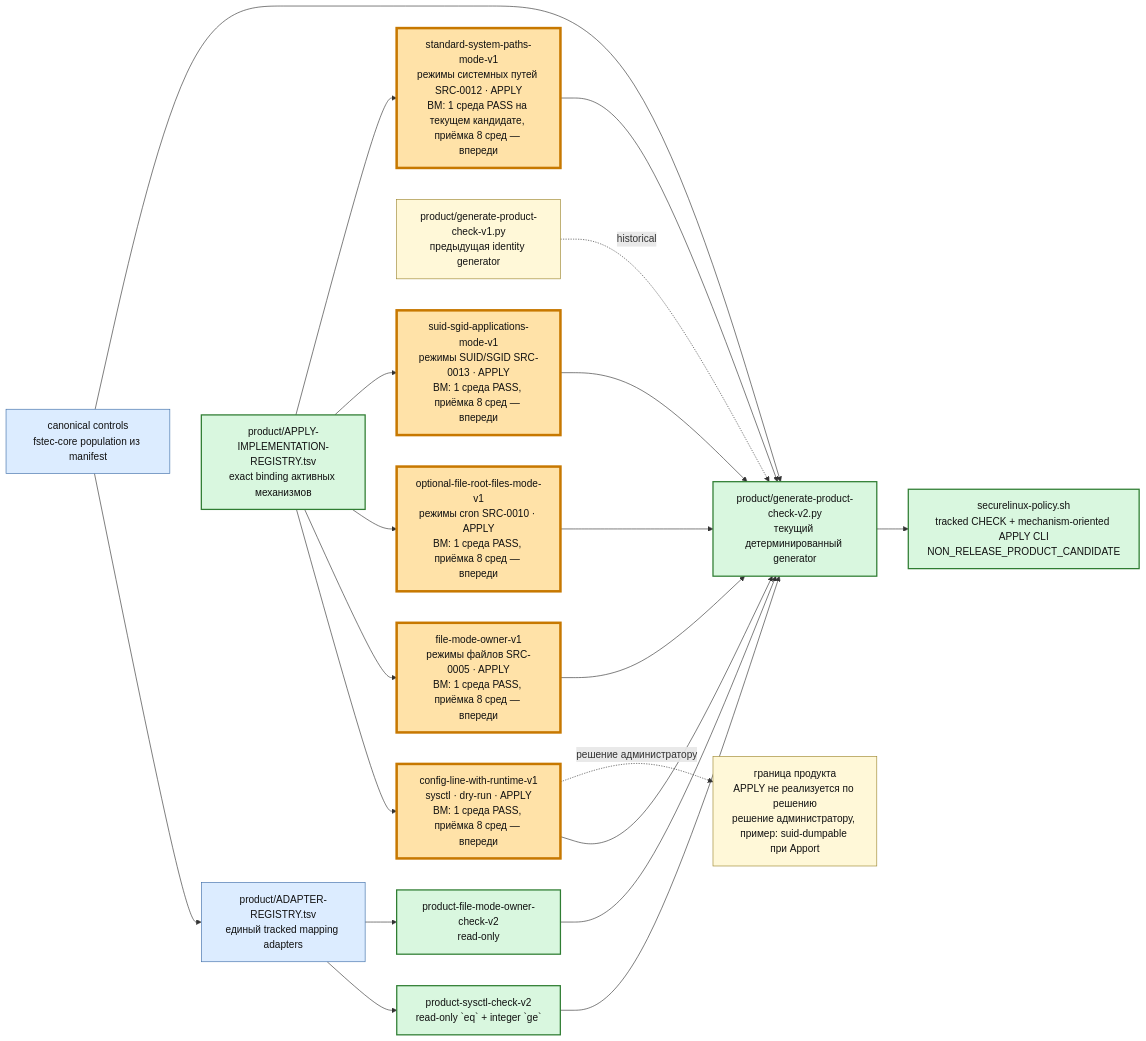
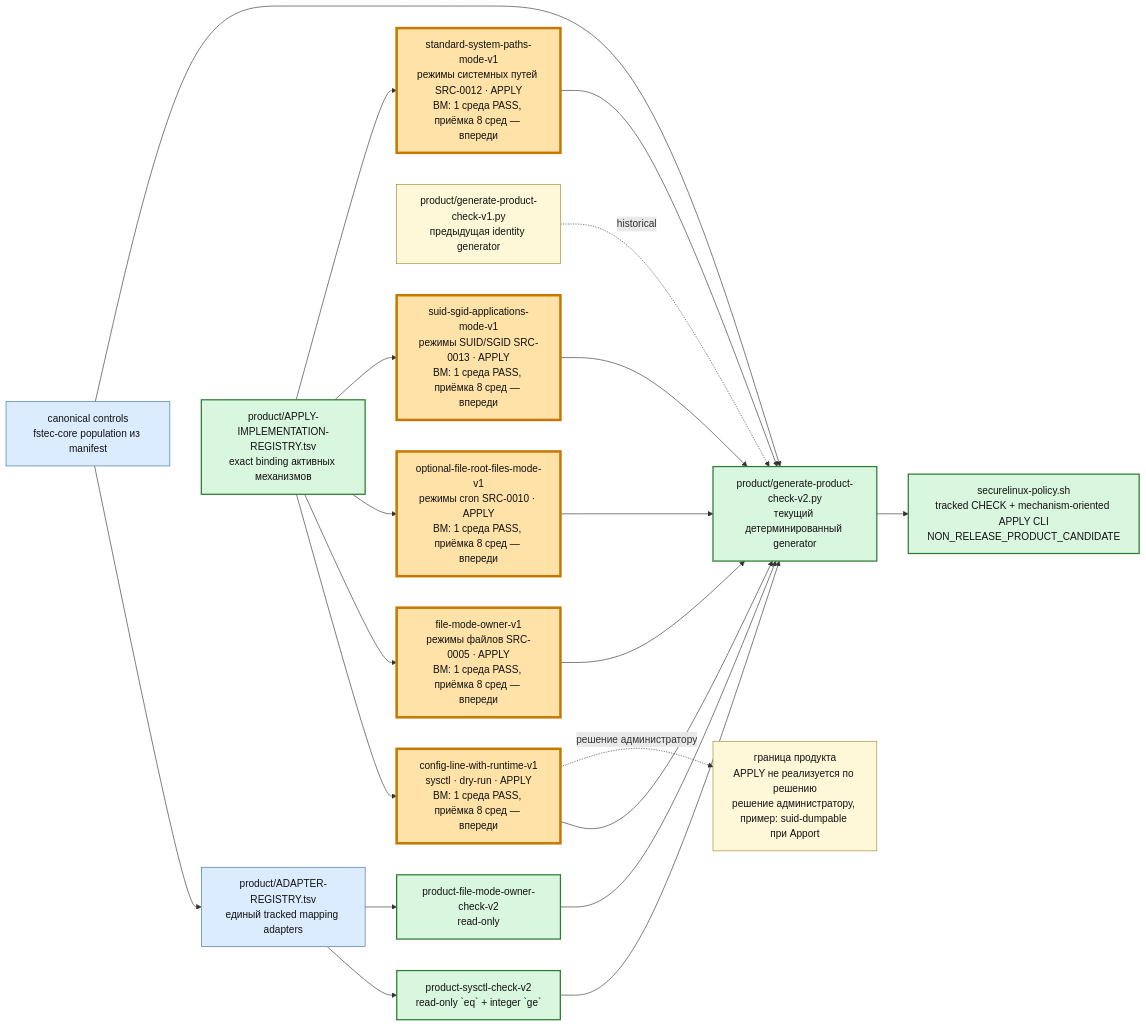
Before and after one commit to rasav65/SecureLinux-Policy: the third of 6 diagrams in docs/PROJECT-MAP.md, drawn with Mermaid. The commit also changed other lines of this file and 29 other files, not shown here.

````diff
--- a/docs/PROJECT-MAP.md
+++ b/docs/PROJECT-MAP.md
@@ -206,36 +206,36 @@
 ```mermaid
 flowchart LR
     CTRLNOW["canonical controls<br/>fstec-core population из manifest"]:::component
     REG["product/ADAPTER-REGISTRY.tsv<br/>единый tracked mapping adapters"]:::component
     SYS["product-sysctl-check-v2<br/>read-only `eq` + integer `ge`"]:::closed
     FILE["product-file-mode-owner-check-v2<br/>read-only"]:::closed
     GEN1["product/generate-product-check-v1.py<br/>предыдущая identity generator"]:::note
     GEN2["product/generate-product-check-v2.py<br/>текущий детерминированный generator"]:::closed
     IMPLREG["product/APPLY-IMPLEMENTATION-REGISTRY.tsv<br/>exact binding активных механизмов"]:::closed
     APPLY1["config-line-with-runtime-v1<br/>sysctl · dry-run · APPLY<br/>ВМ: 1 среда PASS, приёмка 8 сред — впереди"]:::current
     APPLY2["file-mode-owner-v1<br/>режимы файлов SRC-0005 · APPLY<br/>ВМ: 1 среда PASS, приёмка 8 сред — впереди"]:::current
     APPLY3["optional-file-root-files-mode-v1<br/>режимы cron SRC-0010 · APPLY<br/>ВМ: 1 среда PASS, приёмка 8 сред — впереди"]:::current
     APPLY4["suid-sgid-applications-mode-v1<br/>режимы SUID/SGID SRC-0013 · APPLY<br/>ВМ: 1 среда PASS, приёмка 8 сред — впереди"]:::current
-    APPLY5["standard-system-paths-mode-v1<br/>режимы системных путей SRC-0012 · APPLY<br/>ВМ: 1 среда PASS на текущем кандидате, приёмка 8 сред — впереди"]:::current
+    APPLY5["standard-system-paths-mode-v1<br/>режимы системных путей SRC-0012 · APPLY<br/>ВМ: 1 среда PASS, приёмка 8 сред — впереди"]:::current
     CLI["securelinux-policy.sh<br/>tracked CHECK + mechanism-oriented APPLY CLI<br/>NON_RELEASE_PRODUCT_CANDIDATE"]:::closed
     ADMIN["граница продукта<br/>APPLY не реализуется по решению<br/>решение администратору, пример: suid-dumpable при Apport"]:::note
 
     CTRLNOW --> REG
     REG --> SYS
     REG --> FILE
     SYS --> GEN2
     FILE --> GEN2
     CTRLNOW --> GEN2 --> CLI
     IMPLREG --> APPLY1 --> GEN2
     IMPLREG --> APPLY2 --> GEN2
     IMPLREG --> APPLY3 --> GEN2
     IMPLREG --> APPLY4 --> GEN2
     IMPLREG --> APPLY5 --> GEN2
     APPLY1 -. решение администратору .-> ADMIN
     GEN1 -. historical .-> GEN2
 
     classDef closed fill:#d9f7df,stroke:#2f7d32,color:#111,stroke-width:2px;
     classDef component fill:#dcecff,stroke:#3e6ea8,color:#111;
     classDef current fill:#ffe2a8,stroke:#c77800,color:#111,stroke-width:4px;
     classDef note fill:#fff8d8,stroke:#9d8730,color:#111;
 ```
````
